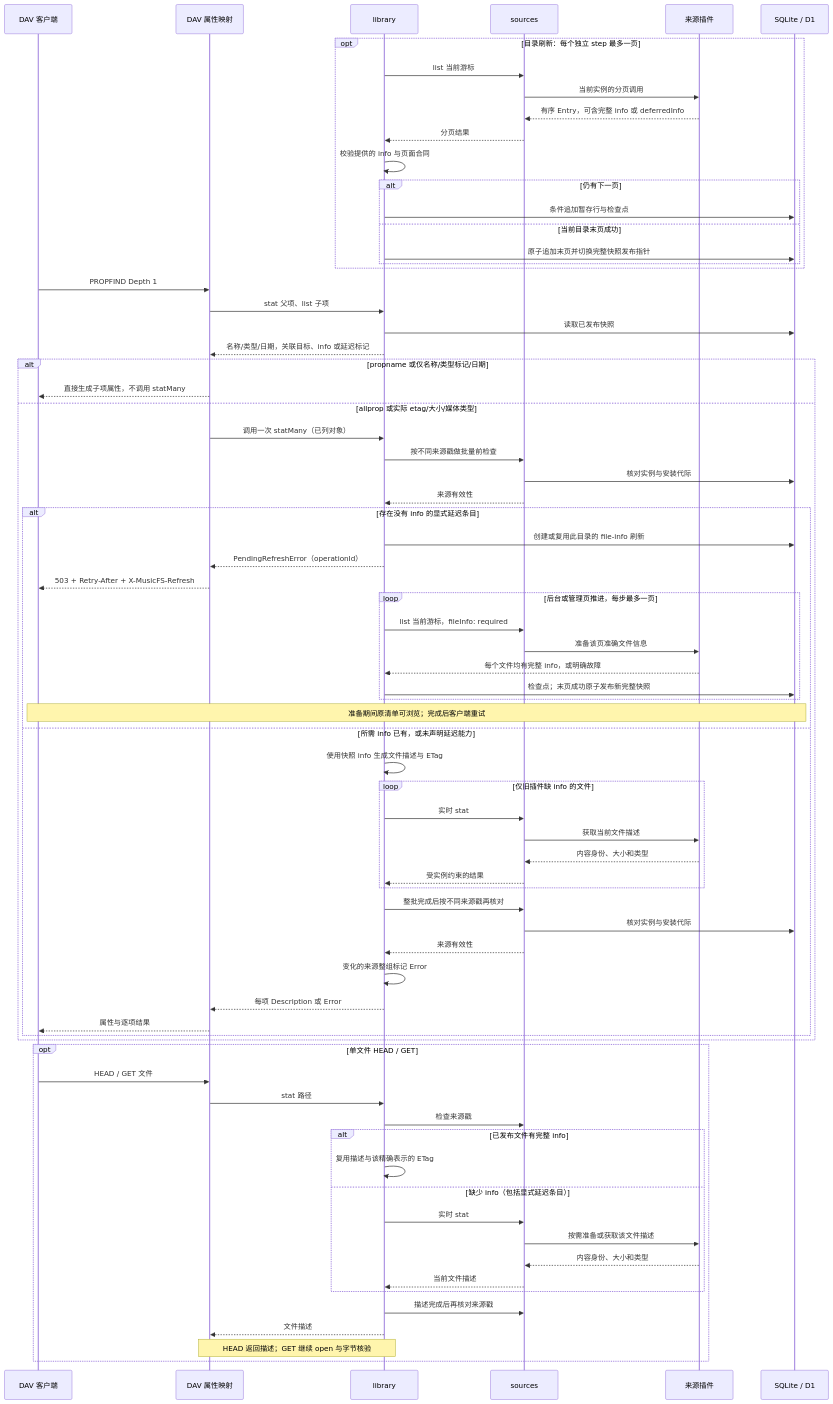
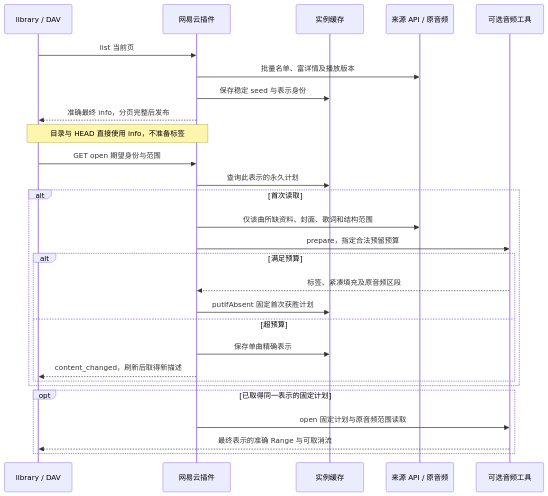
One commit to shengyusi-SYS/musicfs changed the seventh of 13 diagrams in docs/architecture/diagrams.md. Above: the diagram before and after it, drawn with Mermaid. The commit also changed other lines of this file and 23 other files, not shown here.

Commit message:
docs: consolidate MusicFS architecture and reusable lessons

````diff
--- a/docs/architecture/diagrams.md
+++ b/docs/architecture/diagrams.md
@@ -160,75 +150,30 @@
 ```mermaid
 sequenceDiagram
-  participant C as DAV 客户端
-  participant D as DAV 属性映射
-  participant L as library
-  participant S as sources
-  participant P as 来源插件
-  participant DB as SQLite / D1
-  opt 目录刷新：每个独立 step 最多一页
-    L->>S: list 当前游标
-    S->>P: 当前实例的分页调用
-    P-->>S: 有序 Entry，可含完整 info 或 deferredInfo
-    S-->>L: 分页结果
-    L->>L: 校验提供的 info 与页面合同
-    alt 仍有下一页
-      L->>DB: 条件追加暂存行与检查点
-    else 当前目录末页成功
-      L->>DB: 原子追加末页并切换完整快照发布指针
+  participant L as library / DAV
+  participant P as 网易云插件
+  participant C as 实例缓存
+  participant U as 来源 API / 原音频
+  participant T as 可选音频工具
+  L->>P: list 当前页
+  P->>U: 批量名单、富详情及播放版本
+  P->>C: 保存稳定 seed 与表示身份
+  P-->>L: 准确最终 info，分页完整后发布
+  Note over L,P: 目录与 HEAD 直接使用 info，不准备标签
+  L->>P: GET open 期望身份与范围
+  P->>C: 查询此表示的永久计划
+  alt 首次读取
+    P->>U: 仅该曲所缺资料、封面、歌词和结构范围
+    P->>T: prepare，指定合法预留预算
+    alt 满足预算
+      T-->>P: 标签、紧凑填充及原音频区段
+      P->>C: putIfAbsent 固定首次获胜计划
+    else 超预算
+      P->>C: 保存单曲精确表示
+      P-->>L: content_changed，刷新后取得新描述
     end
   end
-  C->>D: PROPFIND Depth 1
-  D->>L: stat 父项、list 子项
-  L->>DB: 读取已发布快照
-  L-->>D: 名称/类型/日期，关联目标、info 或延迟标记
-  alt propname 或仅名称/类型标记/日期
-    D-->>C: 直接生成子项属性，不调用 statMany
-  else allprop 或实际 etag/大小/媒体类型
-    D->>L: 调用一次 statMany（已列对象）
-    L->>S: 按不同来源戳做批量前检查
-    S->>DB: 核对实例与安装代际
-    S-->>L: 来源有效性
-    alt 存在没有 info 的显式延迟条目
-      L->>DB: 创建或复用此目录的 file-info 刷新
-      L-->>D: PendingRefreshError（operationId）
-      D-->>C: 503 + Retry-After + X-MusicFS-Refresh
-      loop 后台或管理页推进，每步最多一页
-        L->>S: list 当前游标，fileInfo: required
-        S->>P: 准备该页准确文件信息
-        P-->>L: 每个文件均有完整 info，或明确故障
-        L->>DB: 检查点；末页成功原子发布新完整快照
-      end
-      Note over C,DB: 准备期间原清单可浏览；完成后客户端重试
-    else 所需 info 已有，或未声明延迟能力
-      L->>L: 使用快照 info 生成文件描述与 ETag
-      loop 仅旧插件缺 info 的文件
-        L->>S: 实时 stat
-        S->>P: 获取当前文件描述
-        P-->>S: 内容身份、大小和类型
-        S-->>L: 受实例约束的结果
-      end
-      L->>S: 整批完成后按不同来源戳再核对
-      S->>DB: 核对实例与安装代际
-      S-->>L: 来源有效性
-      L->>L: 变化的来源整组标记 Error
-      L-->>D: 每项 Description 或 Error
-      D-->>C: 属性与逐项结果
-    end
-  end
-  opt 单文件 HEAD / GET
-    C->>D: HEAD / GET 文件
-    D->>L: stat 路径
-    L->>S: 检查来源戳
-    alt 已发布文件有完整 info
-      L->>L: 复用描述与该精确表示的 ETag
-    else 缺少 info（包括显式延迟条目）
-      L->>S: 实时 stat
-      S->>P: 按需准备或获取该文件描述
-      P-->>S: 内容身份、大小和类型
-      S-->>L: 当前文件描述
-    end
-    L->>S: 描述完成后再核对来源戳
-    L-->>D: 文件描述
-    Note over D,L: HEAD 返回描述；GET 继续 open 与字节核验
+  opt 已取得同一表示的固定计划
+    P->>T: open 固定计划与原音频范围读取
+    T-->>L: 最终表示的准确 Range 与可取消流
   end
 ```
````
